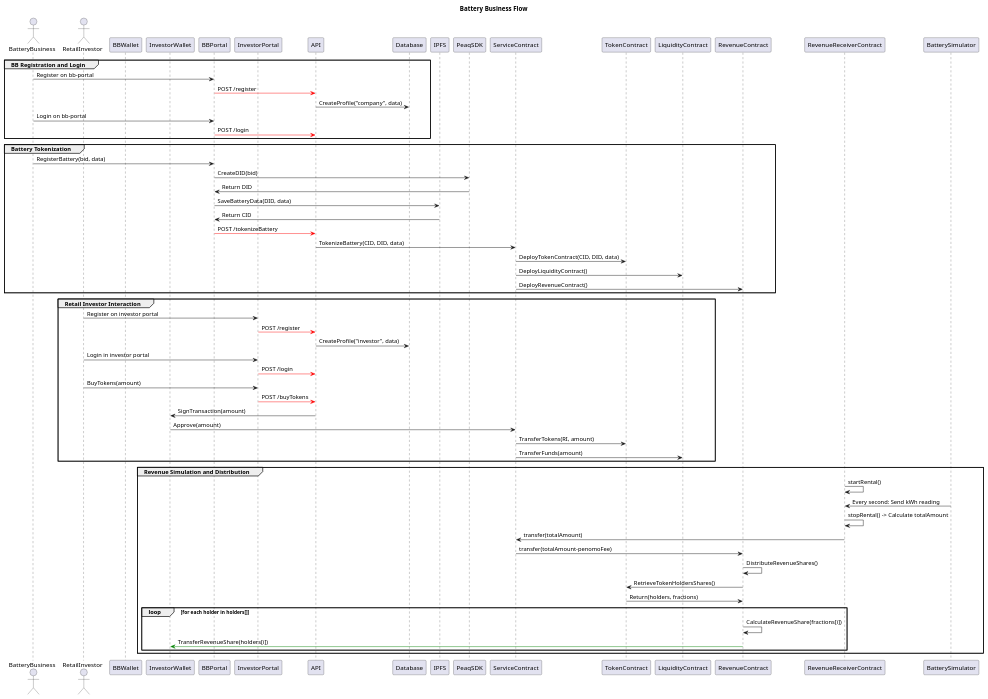
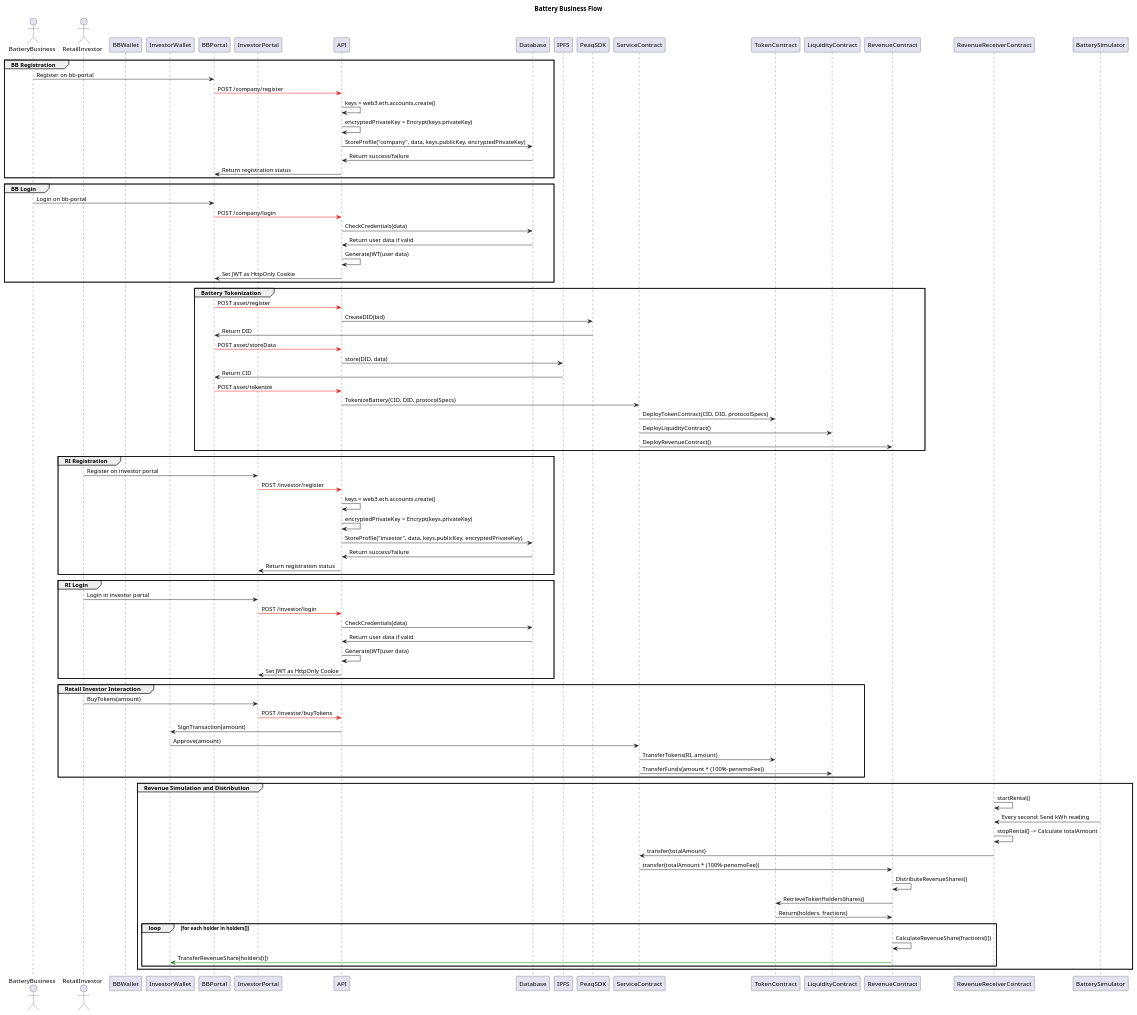
The diagram in architecture/demo_sequence_combined.puml (penomoprotocol/tokenization-MVP), drawn with PlantUML before and after one commit. The commit also changed 1 other file, not shown here.

Commit message:
refined sequences for register / login / tokenization
to do
- start with smart contract development

```diff
--- a/architecture/demo_sequence_combined.puml
+++ b/architecture/demo_sequence_combined.puml
@@ -1,81 +1,109 @@
 @startuml
 title Battery Business Flow
 
 actor BatteryBusiness as BB
 actor RetailInvestor as RI
 
 participant BBWallet as BBW
 participant InvestorWallet as IW
 
 participant BBPortal as BBP
 participant InvestorPortal as IP
 
 participant API as API
 
 participant Database as DB
 participant IPFS as IPFS
 participant PeaqSDK as PS
 
 participant ServiceContract as SC
 participant TokenContract as TC
 participant LiquidityContract as LC
 participant RevenueContract as RC
 participant RevenueReceiverContract as RRC
 
 participant BatterySimulator as BS
 
-' Battery Business Registration and Login
-group BB Registration and Login
+' Battery Business Registration
+group BB Registration
     BB -> BBP: Register on bb-portal
-    BBP -[#red]> API: POST /register
-    API -> DB: CreateProfile("company", data)
+    BBP -[#red]> API: POST /company/register
+    API -> API: keys = web3.eth.accounts.create()
+    API -> API: encryptedPrivateKey = Encrypt(keys.privateKey)
+    API -> DB: StoreProfile("company", data, keys.publicKey, encryptedPrivateKey)
+    DB -> API: Return success/failure
+    API -> BBP: Return registration status
+end
+
+group BB Login
     BB -> BBP: Login on bb-portal
-    BBP -[#red]> API: POST /login
+    BBP -[#red]> API: POST /company/login
+    API -> DB: CheckCredentials(data)
+    DB -> API: Return user data if valid
+    API -> API: GenerateJWT(user data)
+    API -> BBP: Set JWT as HttpOnly Cookie
 end
 
 ' Battery Tokenization
 group Battery Tokenization
-    BB -> BBP: RegisterBattery(bid, data)
-    BBP -> PS: CreateDID(bid)
+    BBP -[#red]> API: POST asset/register
+    API -> PS: CreateDID(bid)
     PS -> BBP: Return DID
-    BBP -> IPFS: SaveBatteryData(DID, data)
+    BBP -[#red]> API: POST asset/storeData
+    API -> IPFS: store(DID, data)
     IPFS -> BBP: Return CID
-    BBP -[#red]> API: POST /tokenizeBattery
-    API -> SC: TokenizeBattery(CID, DID, data)
-    SC -> TC: DeployTokenContract(CID, DID, data)
+    BBP -[#red]> API: POST asset/tokenize
+    API -> SC: TokenizeBattery(CID, DID, protocolSpecs)
+    SC -> TC: DeployTokenContract(CID, DID, protocolSpecs)
     SC -> LC: DeployLiquidityContract()
     SC -> RC: DeployRevenueContract()
 end
 
-' Retail Investor Registration and Token Purchase
+' Retail Investor Registration and Login
+group RI Registration
+    RI -> IP: Register on investor portal
+    IP -[#red]> API: POST /investor/register
+    API -> API: keys = web3.eth.accounts.create()
+    API -> API: encryptedPrivateKey = Encrypt(keys.privateKey)
+    API -> DB: StoreProfile("investor", data, keys.publicKey, encryptedPrivateKey)
+    DB -> API: Return success/failure
+    API -> IP: Return registration status
+end
+
+group RI Login
+    RI -> IP: Login in investor portal
+    IP -[#red]> API: POST /investor/login
+    API -> DB: CheckCredentials(data)
+    DB -> API: Return user data if valid
+    API -> API: GenerateJWT(user data)
+    API -> IP: Set JWT as HttpOnly Cookie
+end
+
+' Retail Investor Token Purchase
 group Retail Investor Interaction
-    RI -> IP: Register on investor portal
-    IP -[#red]> API: POST /register
-    API -> DB: CreateProfile("investor", data)
-    RI -> IP: Login in investor portal
-    IP -[#red]> API: POST /login
     RI -> IP: BuyTokens(amount)
-    IP -[#red]> API: POST /buyTokens
+    IP -[#red]> API: POST /investor/buyTokens
     API -> IW: SignTransaction(amount)
     IW -> SC: Approve(amount)
     SC -> TC: TransferTokens(RI, amount)
-    SC -> LC: TransferFunds(amount)
+    SC -> LC: TransferFunds(amount * (100%-penomoFee))
 end
+
 
 ' Revenue Simulation and Distribution
 group Revenue Simulation and Distribution
     RRC -> RRC: startRental()
     BS -> RRC: Every second: Send kWh reading
     RRC -> RRC: stopRental() -> Calculate totalAmount
     RRC -> SC: transfer(totalAmount)
-    SC -> RC: transfer(totalAmount-penomoFee)
+    SC -> RC: transfer(totalAmount * (100%-penomoFee))
     RC -> RC:  DistributeRevenueShares()
     RC -> TC: RetrieveTokenHoldersShares()
     TC -> RC: Return(holders, fractions)
     loop for each holder in holders[]
         RC -> RC: CalculateRevenueShare(fractions[i])
         RC -[#green]> IW: TransferRevenueShare(holders[i])
     end
 end
 
 @enduml
```
